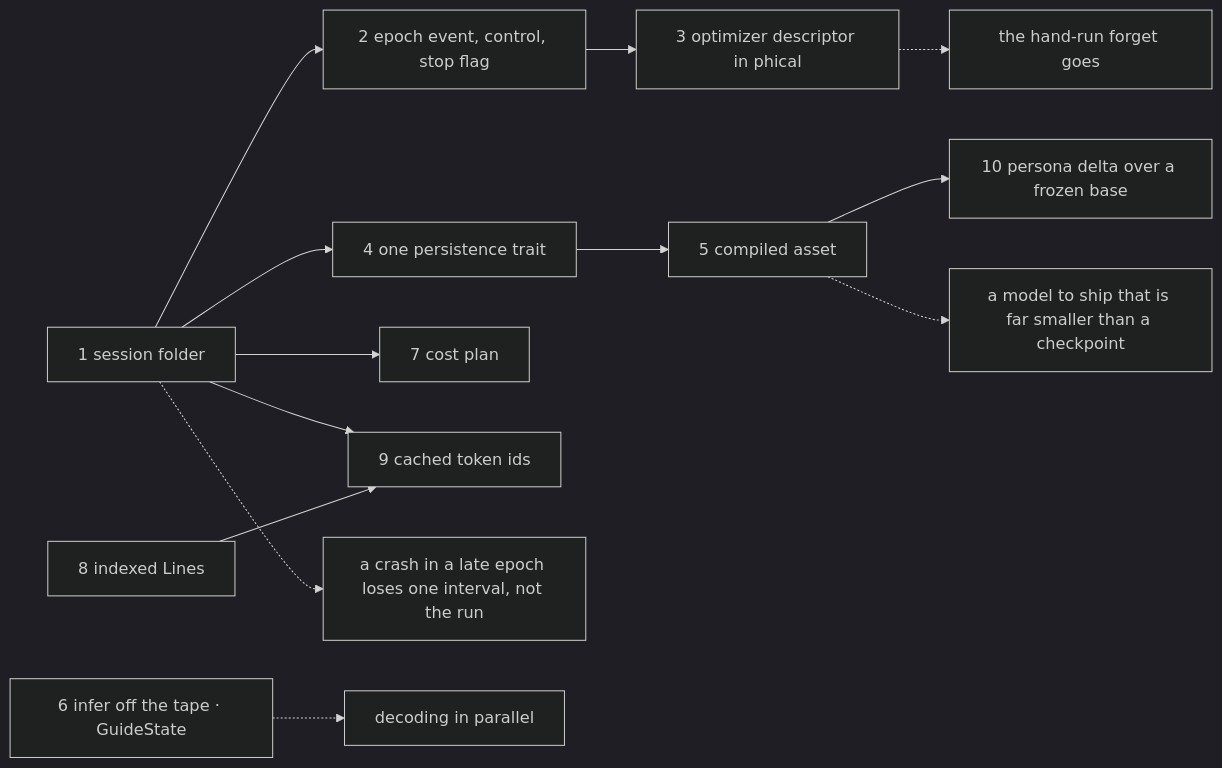
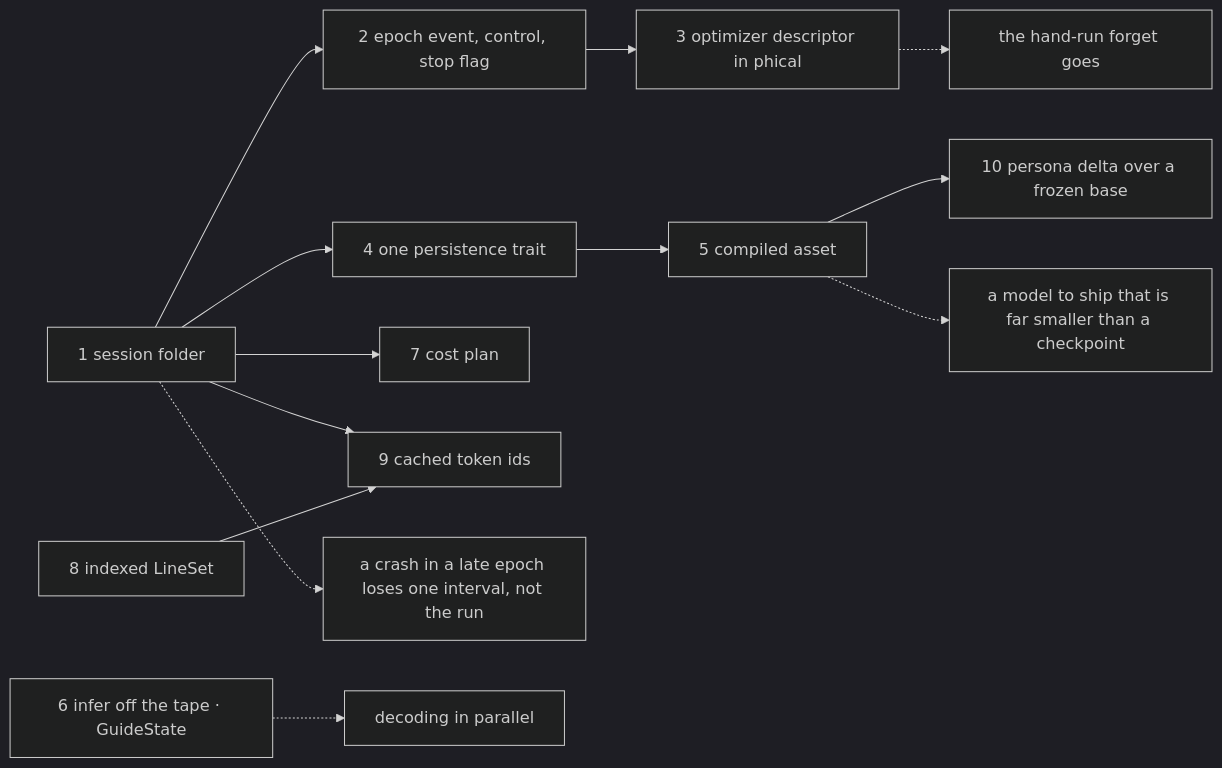
The first of 2 diagrams in docs/phient/plan.md (gemphi/phinet), drawn with Mermaid (dark theme) before and after one commit. The commit also changed other lines of this file and 1 other file, not shown here.

````diff
--- a/docs/phient/plan.md
+++ b/docs/phient/plan.md
@@ -58,27 +58,27 @@
 ```mermaid
 graph LR
     w1["1 session folder"]
     w2["2 epoch event, control, stop flag"]
     w3["3 optimizer descriptor in phical"]
     w4["4 one persistence trait"]
     w5["5 compiled asset"]
     w6["6 infer off the tape · GuideState"]
     w7["7 cost plan"]
-    w8["8 indexed Lines"]
+    w8["8 indexed LineSet"]
     w9["9 cached token ids"]
     w10["10 persona delta over a frozen base"]
     w1 --> w2 --> w3
     w1 --> w4 --> w5
     w1 --> w7
     w1 --> w9
     w8 --> w9
     w5 --> w10
     u1["a crash in a late epoch loses one interval, not the run"]
     u3["the hand-run forget goes"]
     u5["a model to ship that is far smaller than a checkpoint"]
     u6["decoding in parallel"]
     w1 -.-> u1
     w3 -.-> u3
     w5 -.-> u5
     w6 -.-> u6
 ```
````
